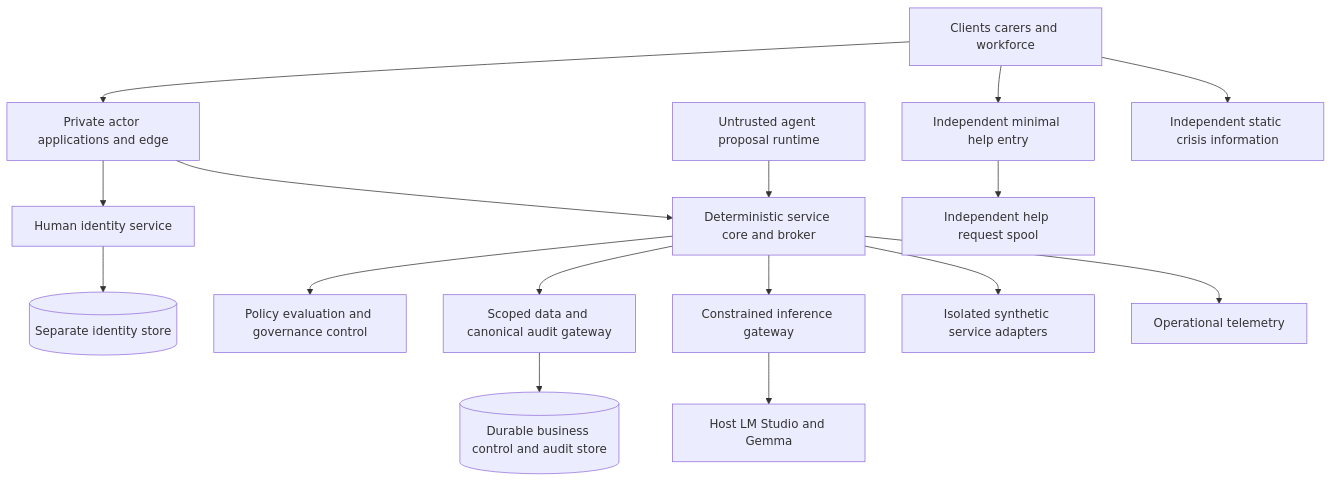
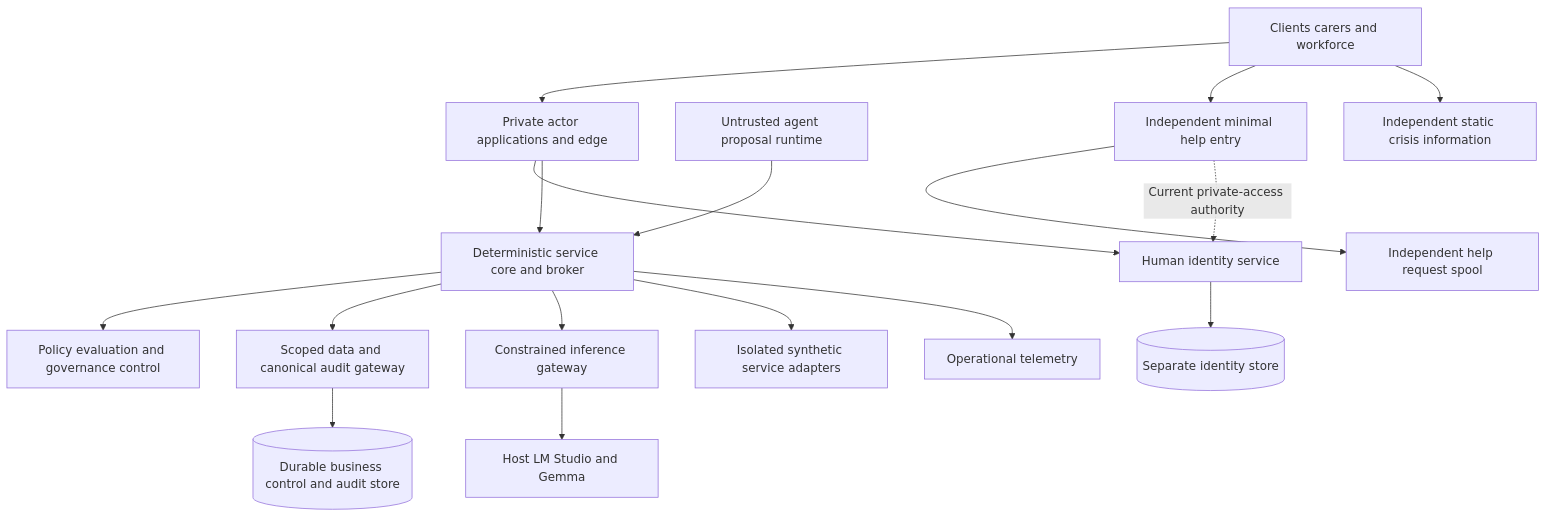
One commit to zencodeai/care-link-demo changed the diagram in doc/HLD/01-context-and-architecture.md. Above: the diagram before and after it, drawn with Mermaid. The commit also changed other lines of this file and 11 other files, not shown here.

````diff
--- a/doc/HLD/01-context-and-architecture.md
+++ b/doc/HLD/01-context-and-architecture.md
@@ -13,18 +13,19 @@
 ```mermaid
 flowchart TB
   U[Clients carers and workforce] --> E[Private actor applications and edge]
   E --> I[Human identity service]
   E --> C[Deterministic service core and broker]
   R[Untrusted agent proposal runtime] --> C
   C --> P[Policy evaluation and governance control]
   C --> D[Scoped data and canonical audit gateway]
   D --> DB[(Durable business control and audit store)]
   I --> ID[(Separate identity store)]
   C --> G[Constrained inference gateway]
   G --> L[Host LM Studio and Gemma]
   C --> X[Isolated synthetic service adapters]
   C --> O[Operational telemetry]
   U --> H[Independent minimal help entry]
   H --> Q[Independent help request spool]
+  H -. Current private-access authority .-> I
   U --> F[Independent static crisis information]
 ```
````
